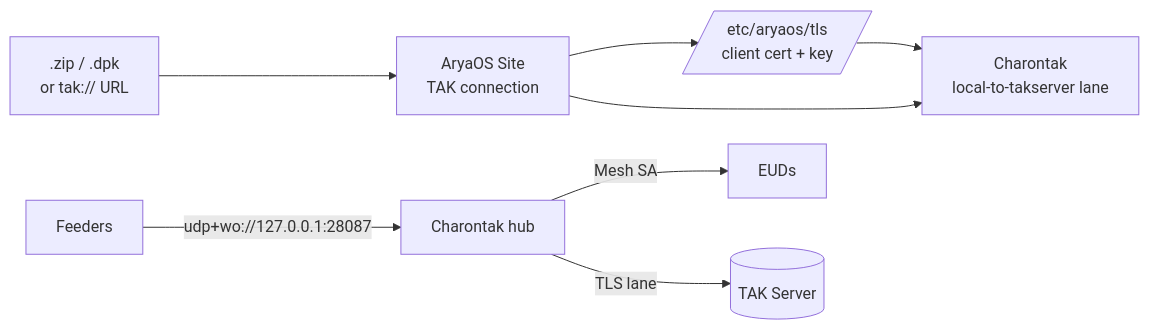
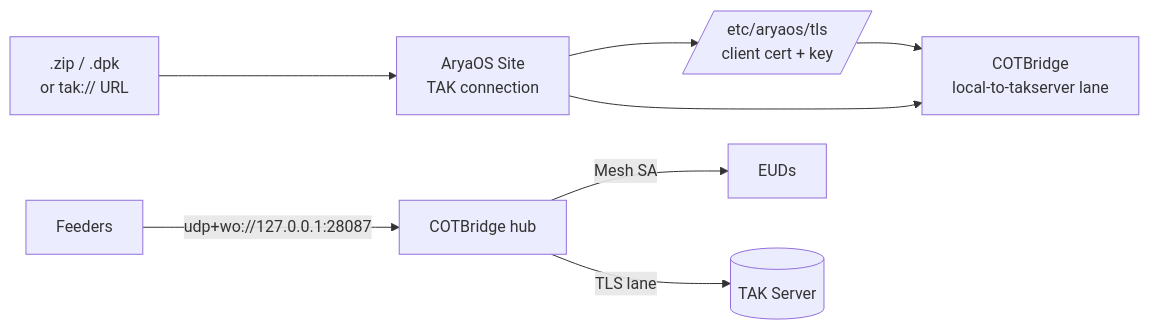
Before and after one commit to snstac/aryaos: the diagram in docs/deploy/connect-tak-server.md, drawn with Mermaid. The commit also changed other lines of this file and 180 other files, not shown here.

````diff
--- a/docs/deploy/connect-tak-server.md
+++ b/docs/deploy/connect-tak-server.md
@@ -41,10 +41,10 @@
 ```mermaid
 flowchart LR
     DP[.zip / .dpk<br/>or tak:// URL] --> AOS[AryaOS Site<br/>TAK connection]
     AOS --> TLS[/etc/aryaos/tls<br/>client cert + key/]
-    AOS --> LANE[Charontak<br/>local-to-takserver lane]
-    Feeders -->|udp+wo://127.0.0.1:28087| H[Charontak hub]
+    AOS --> LANE[COTBridge<br/>local-to-takserver lane]
+    Feeders -->|udp+wo://127.0.0.1:28087| H[COTBridge hub]
     H -->|Mesh SA| E[EUDs]
     H -->|TLS lane| S[(TAK Server)]
     TLS --> LANE
 ```
````
